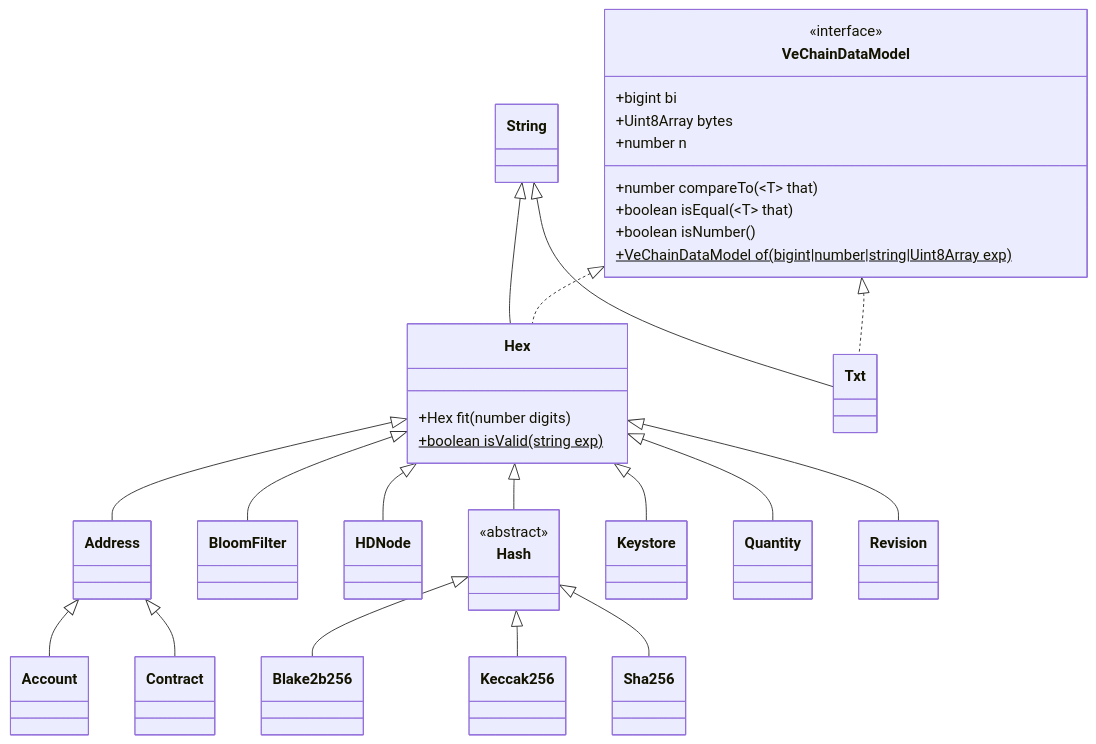
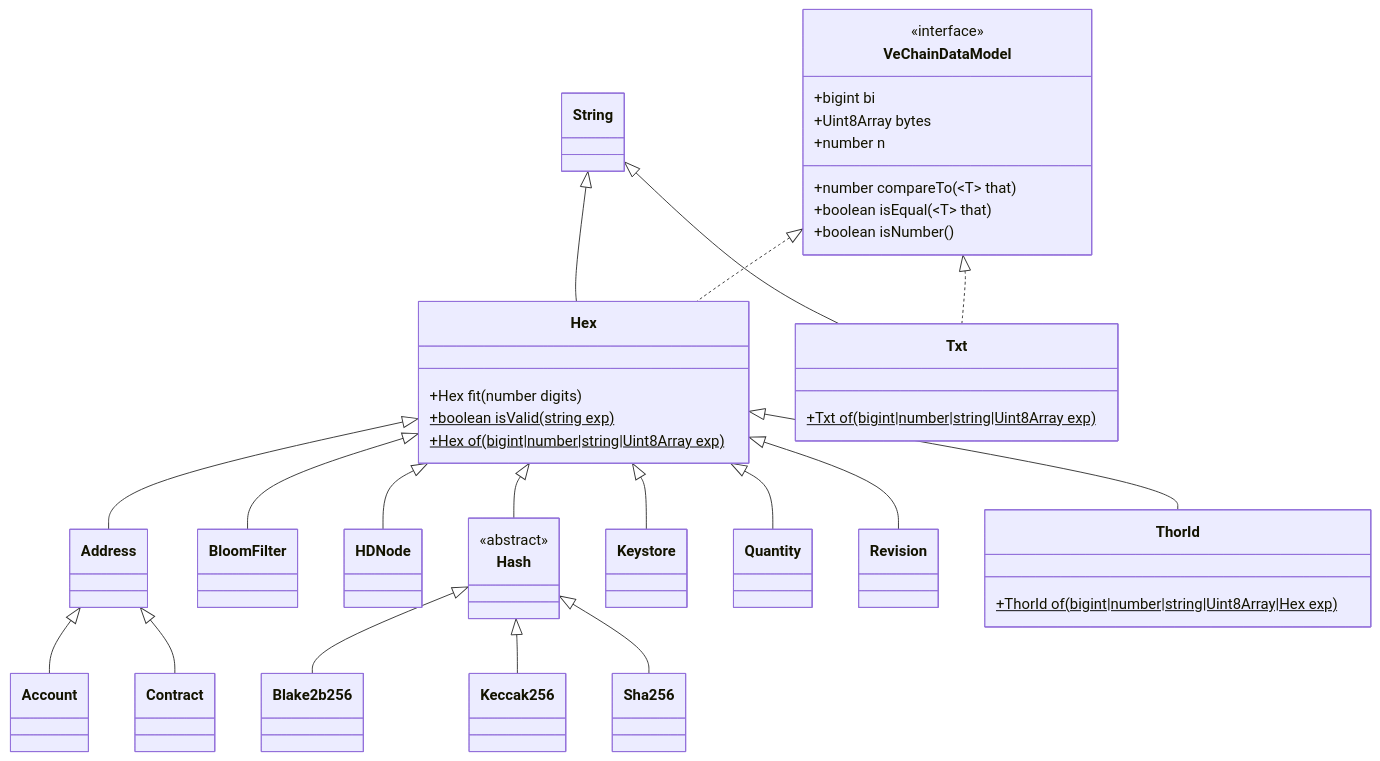
Before and after one commit to vechain/vechain-sdk-js: the diagram in docs/diagrams/architecture/vcdm.md, drawn with Mermaid. The commit also changed 10 other files, not shown here.

First line of the commit message:
feat: 1100 Hex ThorId class

````diff
--- a/docs/diagrams/architecture/vcdm.md
+++ b/docs/diagrams/architecture/vcdm.md
@@ -1,50 +1,56 @@
 ```mermaid
 classDiagram
     class Account
     class Address
     class Blake2b256
     class BloomFilter
     class Contract
     class HDNode
     class Hash {
         <<abstract>>
     }
     class Hex {
         +Hex fit(number digits)
         +boolean isValid(string exp)$
+        +Hex of(bigint|number|string|Uint8Array exp)$
     }
     class Keccak256 
     class Keystore
     class Quantity
     class Revision
     class Sha256
     class String
-    class Txt
+    class ThorId {
+        +ThorId of(bigint|number|string|Uint8Array|Hex exp)$
+    }
+    class Txt {
+        +Txt of(bigint|number|string|Uint8Array exp)$
+    }
     class String
     class VeChainDataModel{
         <<interface>>
       +bigint bi
       +Uint8Array bytes
       +number n
       +number compareTo(~T~ that)
       +boolean isEqual(~T~ that)
       +boolean isNumber()
-      +VeChainDataModel of(bigint|number|string|Uint8Array exp)$
     }
     Address <|-- Account
     Address <|-- Contract
     Hash <|-- Blake2b256
     Hash <|-- Keccak256
     Hash <|-- Sha256
     Hex <|-- Address
     Hex <|-- BloomFilter
     Hex <|-- HDNode
     Hex <|-- Hash
     Hex <|-- Keystore
     Hex <|-- Quantity
     Hex <|-- Revision
+    Hex <|-- ThorId
     String <|-- Hex
     String <|-- Txt
     VeChainDataModel <|.. Hex
     VeChainDataModel <|.. Txt
 ```
````
